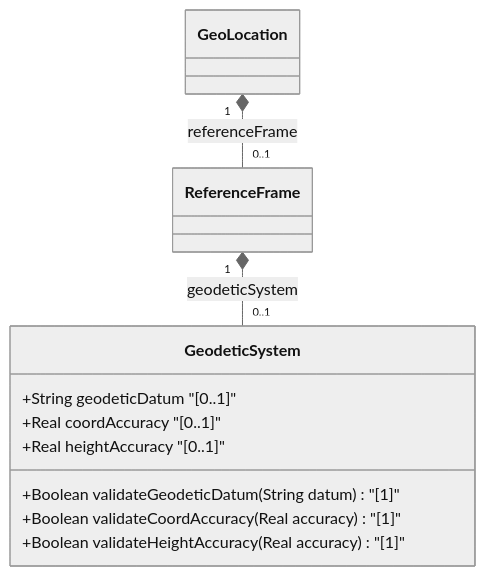
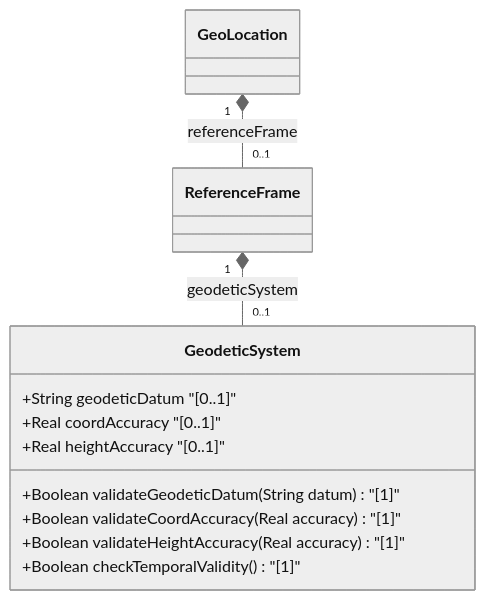
The diagram in docs/features/feat-10-geodetic-system-and-accuracy.md (gintatkinson/3dgs-037), drawn with Mermaid (neutral theme) before and after one commit. The commit also changed other lines of this file and 8 other files, not shown here.

````diff
--- a/docs/features/feat-10-geodetic-system-and-accuracy.md
+++ b/docs/features/feat-10-geodetic-system-and-accuracy.md
@@ -29,17 +29,18 @@
 ```mermaid
 classDiagram
     class GeoLocation {
     }
     class ReferenceFrame {
     }
     class GeodeticSystem {
         +String geodeticDatum "[0..1]"
         +Real coordAccuracy "[0..1]"
         +Real heightAccuracy "[0..1]"
         +Boolean validateGeodeticDatum(String datum) "[1]"
         +Boolean validateCoordAccuracy(Real accuracy) "[1]"
         +Boolean validateHeightAccuracy(Real accuracy) "[1]"
+        +Boolean checkTemporalValidity() "[1]"
     }
     GeoLocation "1" *-- "0..1" ReferenceFrame : referenceFrame
     ReferenceFrame "1" *-- "0..1" GeodeticSystem : geodeticSystem
 ```
````
